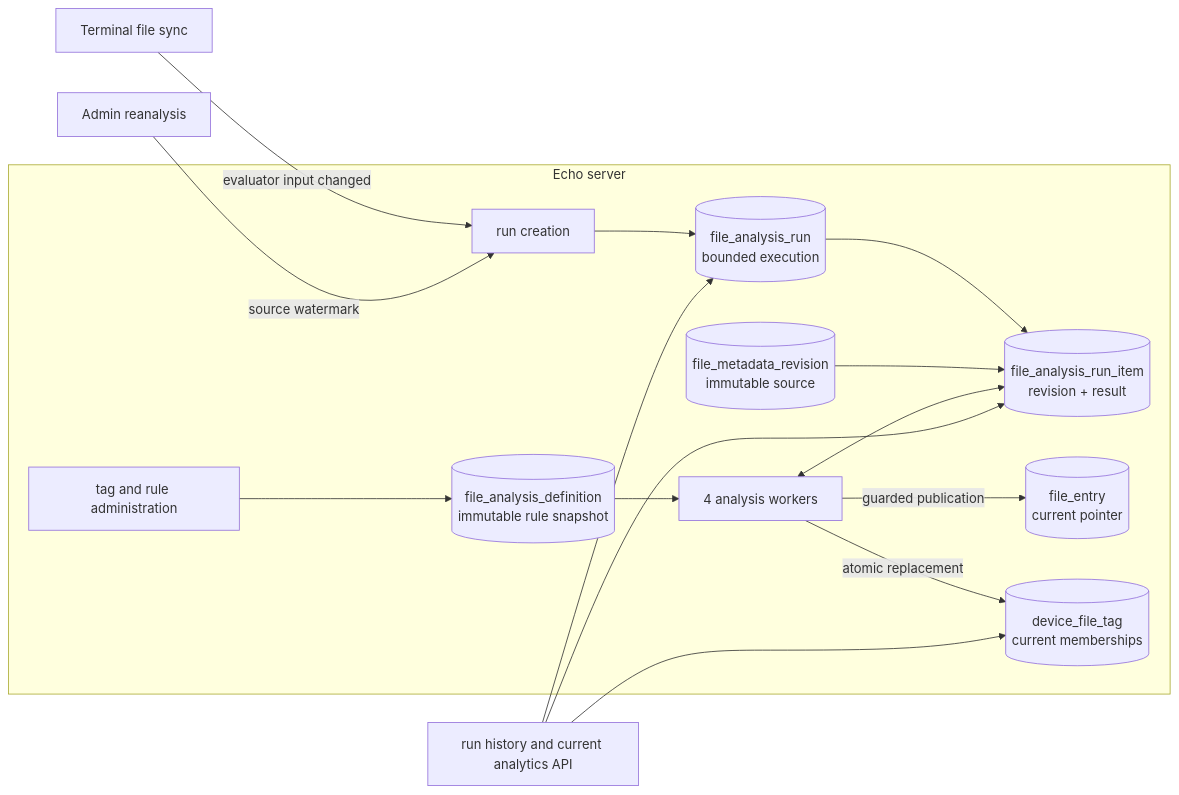
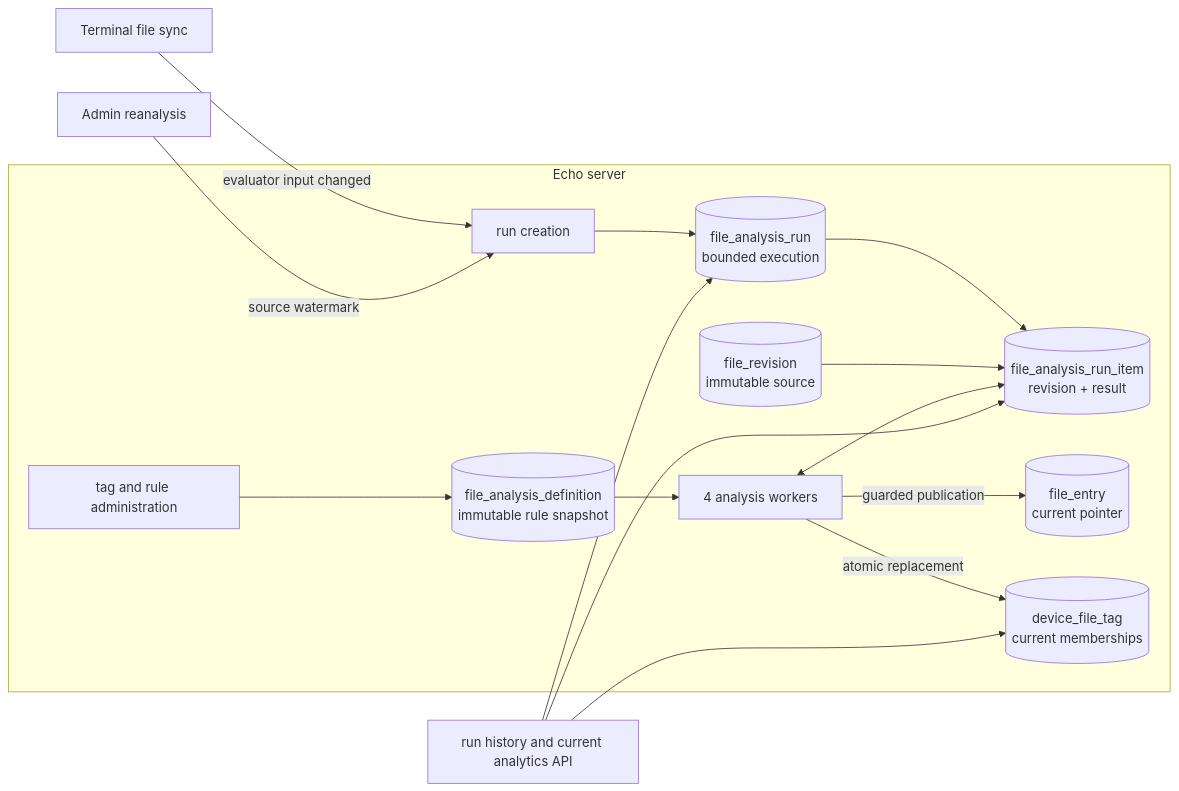
Before and after one commit to murczyk/echo: the first of 5 diagrams in archive/2026-07-29-devices/ANALYSIS.md, drawn with Mermaid. The commit also changed 27 other files, not shown here.

````diff
--- a/archive/2026-07-29-devices/ANALYSIS.md
+++ b/archive/2026-07-29-devices/ANALYSIS.md
@@ -10,25 +10,25 @@
 ```mermaid
 flowchart LR
     Sync["Terminal file sync"] -->|"evaluator input changed"| RunFactory["run creation"]
     Admin["Admin reanalysis"] -->|"source watermark"| RunFactory
 
     subgraph Echo["Echo server"]
         RulesAPI["tag and rule administration"] --> Definition[("file_analysis_definition<br/>immutable rule snapshot")]
         RunFactory --> Runs[("file_analysis_run<br/>bounded execution")]
         Runs --> Items[("file_analysis_run_item<br/>revision + result")]
-        Revisions[("file_metadata_revision<br/>immutable source")]
+        Revisions[("file_revision<br/>immutable source")]
         Projection[("file_entry<br/>current pointer")]
         Tags[("device_file_tag<br/>current memberships")]
         Workers["4 analysis workers"]
 
         Definition --> Workers
         Revisions --> Items
         Workers <--> Items
         Workers -->|"guarded publication"| Projection
         Workers -->|"atomic replacement"| Tags
     end
 
     DeviceAPI["run history and current analytics API"] --> Runs
     DeviceAPI --> Items
     DeviceAPI --> Tags
 ```
````
